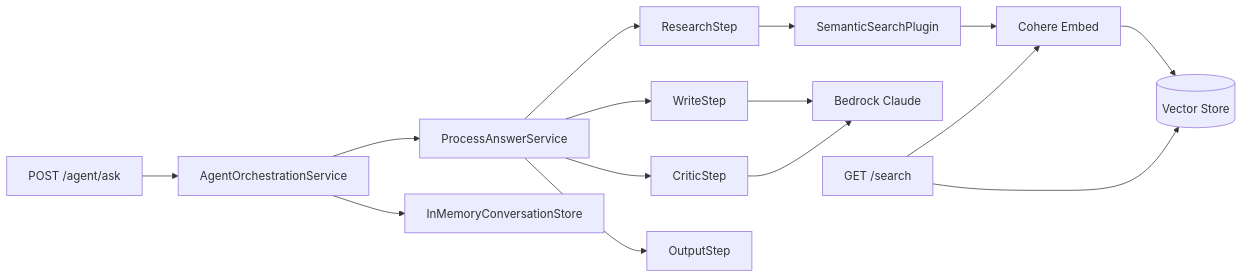
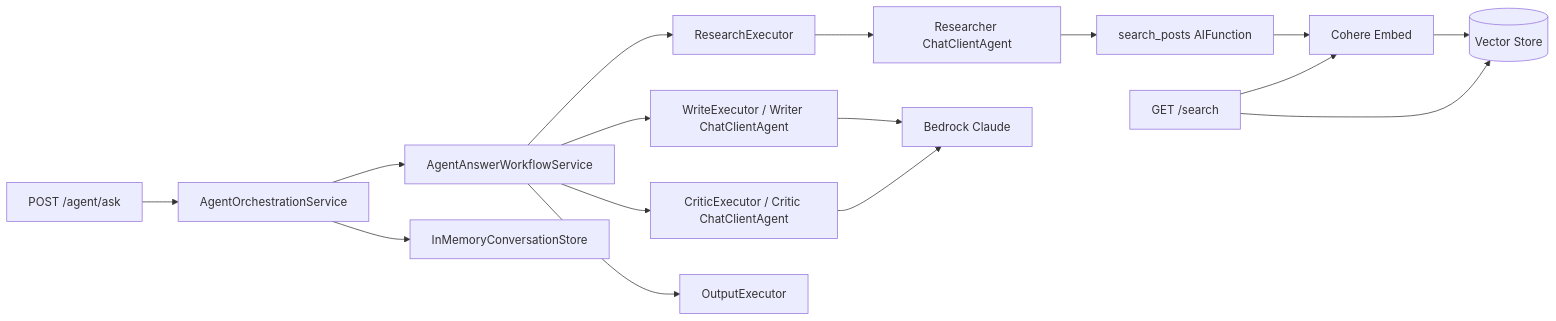
One commit to msepahvand/dotnet-rag-agent changed the diagram in README.md. Above: the diagram before and after it, drawn with Mermaid. The commit also changed other lines of this file and 29 other files, not shown here.

````diff
--- a/README.md
+++ b/README.md
@@ -94,18 +93,19 @@
 ```mermaid
 flowchart LR
   A[POST /agent/ask] --> ORC[AgentOrchestrationService]
-  ORC --> PAS[ProcessAnswerService]
-  PAS --> RS[ResearchStep]
-  RS --> SP[SemanticSearchPlugin]
+  ORC --> PAS[AgentAnswerWorkflowService]
+  PAS --> RS[ResearchExecutor]
+  RS --> RA[Researcher ChatClientAgent]
+  RA --> SP[search_posts AIFunction]
   SP --> BRT[Cohere Embed]
   BRT --> VS[(Vector Store)]
-  PAS --> WS[WriteStep]
+  PAS --> WS[WriteExecutor / Writer ChatClientAgent]
   WS --> BRC[Bedrock Claude]
-  PAS --> CS2[CriticStep]
+  PAS --> CS2[CriticExecutor / Critic ChatClientAgent]
   CS2 --> BRC
-  PAS --> OS[OutputStep]
+  PAS --> OS[OutputExecutor]
   ORC --> CS[InMemoryConversationStore]
 
   SC[GET /search] --> BRT
   SC --> VS
 ```
````
